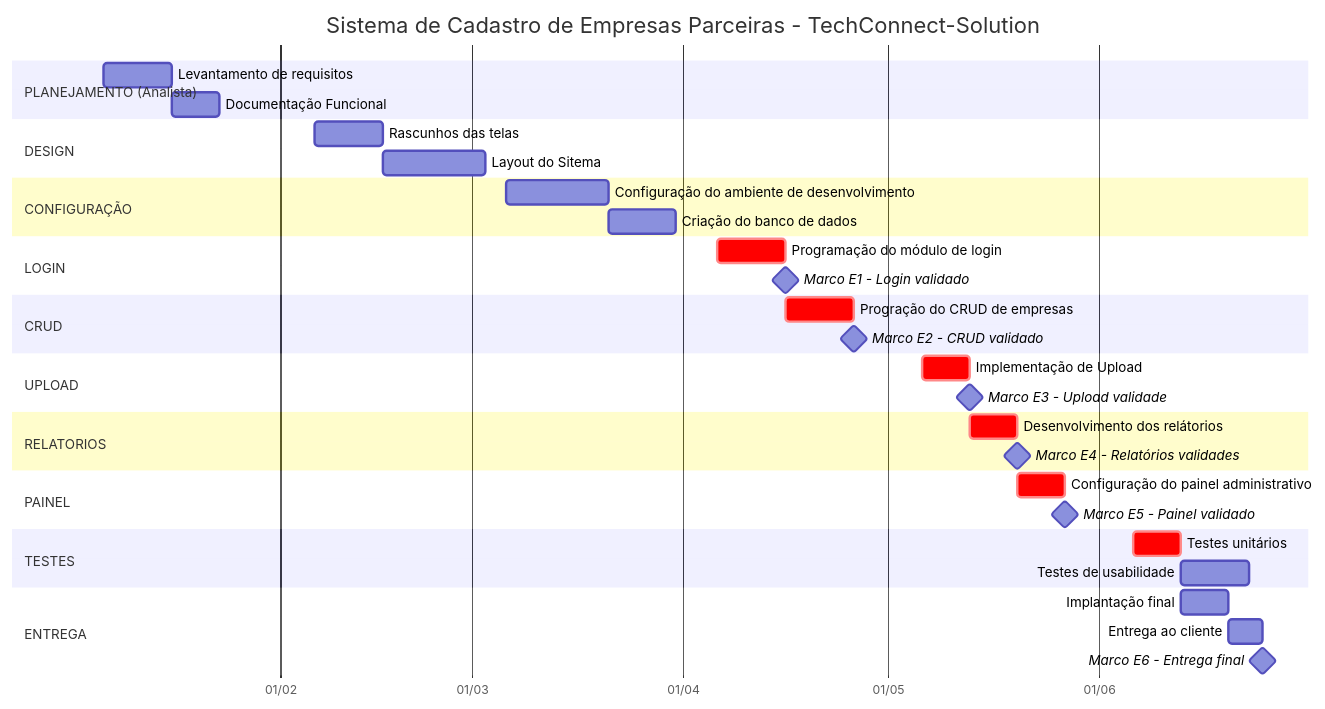
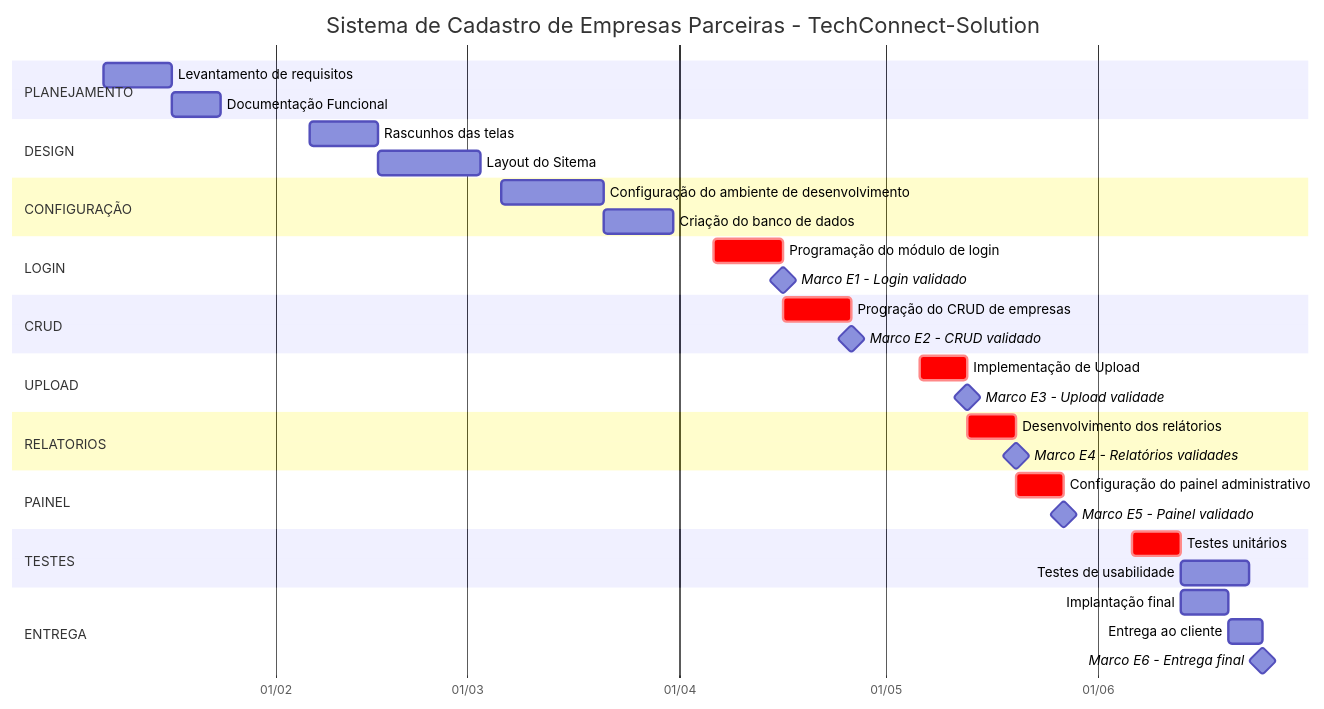
The first of 2 diagrams in README.md (egenbia/-TechConnect-Solution), drawn with Mermaid before and after one commit. The commit also changed other lines of this file, not shown here.

````diff
--- a/README.md
+++ b/README.md
@@ -1,47 +1,47 @@
 ```mermaid
 gantt
 title Sistema de Cadastro de Empresas Parceiras - TechConnect-Solution
     dateFormat  YYYY-MM-DD
     axisFormat  %d/%m
 
-section PLANEJAMENTO (Analista)
-Levantamento de requisitos :a1, 2026-01-06, 10d
+section PLANEJAMENTO
+Levantamento de requisitos :a1, 2026-01-07, 10d
 Documentação Funcional :a2, after a1, 7d
 
 section DESIGN
 Rascunhos das telas :b1, 2026-02-06, 10d
 Layout do Sitema :b2, after b1, 15d
 
 section CONFIGURAÇÃO
 Configuração do ambiente de desenvolvimento :c1, 2026-03-06, 15d
 Criação do banco de dados :c2, after c1, 10d
 
 section LOGIN
 Programação do módulo de login :crit, d1, 2026-04-06, 10d
 Marco E1 - Login validado :milestone, after d1, 0d
 
 section CRUD
 Progração do CRUD de empresas :crit, e1, 2026-04-16, 10d
 Marco E2 - CRUD validado :milestone, after e1, 0d
 
 section UPLOAD
 Implementação de Upload :crit, f1, 2026-05-06, 7d
 Marco E3 - Upload validade :milestone, after f1, 0d
 
 section RELATORIOS
 Desenvolvimento dos relátorios :crit, g1, 2026-05-13, 7d
 Marco E4 - Relatórios validades :milestone, after g1, 0d
 
 section PAINEL
 Configuração do painel administrativo :crit, h1, 2026-05-20, 7d
 Marco E5 - Painel validado :milestone, after h1, 0d
 
 section TESTES
 Testes unitários :crit, i1, 2026-06-06, 7d
 Testes de usabilidade :i2, after i1, 10d
 
 section ENTREGA
 Implantação final :j1, 2026-06-13, 7d
 Entrega ao cliente :j2, after j1, 5d
 Marco E6 - Entrega final :milestone, after j2, 0d
 ```
````
